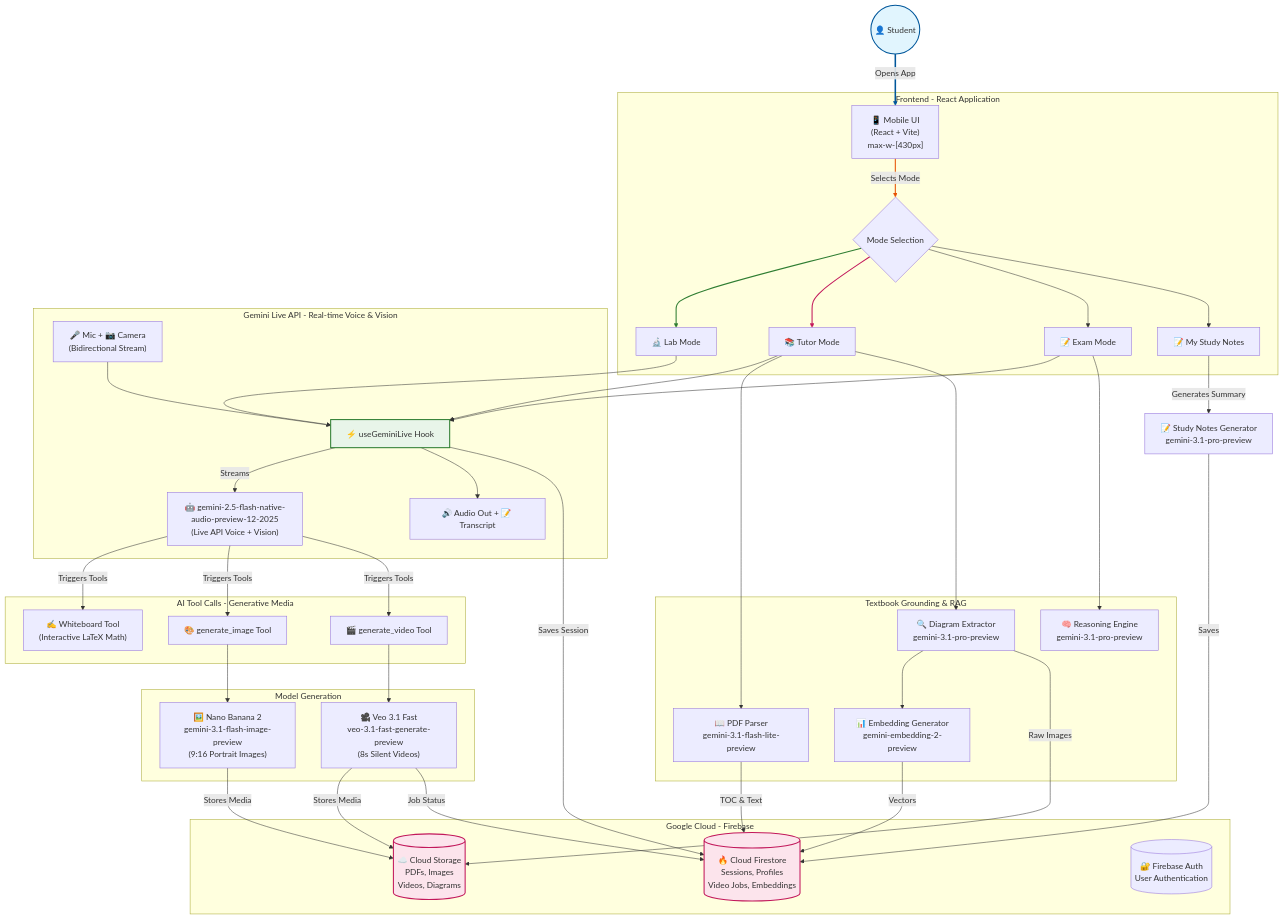
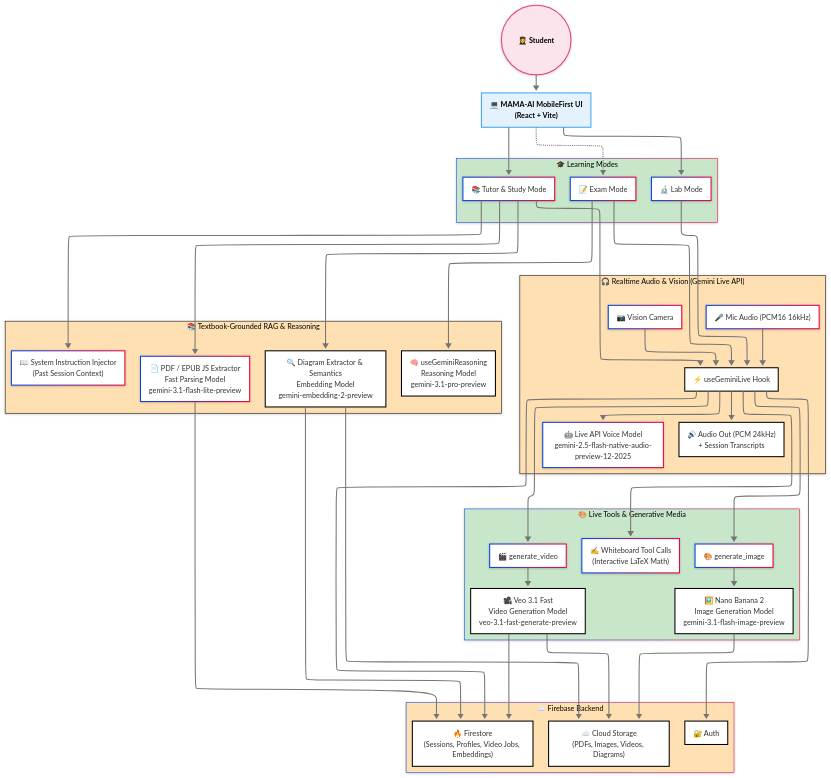
Before and after one commit to pattipativenu/MAMA-AI-live-Agentic-Tutor-: the diagram in README.md, drawn with Mermaid. The commit also changed other lines of this file and 1 other file, not shown here.

Commit message:
docs: update README with new architecture diagram and add gcloudignore

````diff
--- a/README.md
+++ b/README.md
@@ -50,95 +51,106 @@
 ```mermaid
+---
+config:
+  layout: elk
+  look: neo
+  theme: neo
+---
 flowchart TB
-    %% Styling
-    classDef user fill:#e1f5fe,stroke:#01579b,stroke-width:2px
-    classDef frontend fill:#fff3e0,stroke:#e65100,stroke-width:2px
-    classDef gemini fill:#e8f5e9,stroke:#2e7d32,stroke-width:2px
-    classDef storage fill:#fce4ec,stroke:#c2185b,stroke-width:2px
-    classDef process fill:#f3e5f5,stroke:#7b1fa2,stroke-width:2px
-    
-    %% User Layer
-    User((👤 Student)):::user --> |"Opens App"| MobileUI["📱 Mobile UI<br/>(React + Vite)<br/>max-w-[430px]"]
-    
-    %% Frontend Layer
-    subgraph Frontend["Frontend - React Application"]
-        MobileUI --> |"Selects Mode"| ModeSelector{"Mode Selection"}
-        ModeSelector --> LabMode["🔬 Lab Mode"]
-        ModeSelector --> TutorMode["📚 Tutor Mode"]
-        ModeSelector --> ExamMode["📝 Exam Mode"]
-        ModeSelector --> NotesMode["📝 My Study Notes"]
-    end
-    
-    %% Live API Layer
-    subgraph LiveAPI["Gemini Live API - Real-time Voice & Vision"]
-        useGeminiLive["⚡ useGeminiLive Hook"]:::gemini
-        LiveModel["🤖 gemini-2.5-flash-native-audio-preview-12-2025<br/>(Live API Voice + Vision)"]
-        Inputs["🎤 Mic + 📷 Camera<br/>(Bidirectional Stream)"]
-        Outputs["🔊 Audio Out + 📝 Transcript"]
-    end
-    
-    LabMode --> useGeminiLive
-    ExamMode --> useGeminiLive
-    TutorMode --> useGeminiLive
-    useGeminiLive --> |"Streams"| LiveModel
-    Inputs --> useGeminiLive
-    useGeminiLive --> Outputs
-    
-    %% Tool Calling Layer
-    subgraph Tools["AI Tool Calls - Generative Media"]
-        Whiteboard["✍️ Whiteboard Tool<br/>(Interactive LaTeX Math)"]
-        ImgTool["🎨 generate_image Tool"]
-        VidTool["🎬 generate_video Tool"]
-    end
-    
-    LiveModel --> |"Triggers Tools"| Whiteboard
-    LiveModel --> |"Triggers Tools"| ImgTool
-    LiveModel --> |"Triggers Tools"| VidTool
-    
-    %% Generation Layer
-    subgraph Generation["Model Generation"]
-        ImgGen["🖼️ Nano Banana 2<br/>gemini-3.1-flash-image-preview<br/>(9:16 Portrait Images)"]
-        VidGen["🎥 Veo 3.1 Fast<br/>veo-3.1-fast-generate-preview<br/>(8s Silent Videos)"]
-    end
-    
+ subgraph Modes["🎓 Learning Modes"]
+        LabMode["🔬 Lab Mode"]
+        ExamMode["📝 Exam Mode"]
+        TutorMode["📚 Tutor & Study Mode"]
+  end
+ subgraph Live["🎧 Realtime Audio & Vision (Gemini Live API)"]
+        useGeminiLive["⚡ useGeminiLive Hook"]
+        LiveModelLabExam["🤖 Live API Voice Model<br/>gemini-2.5-flash-native-audio-preview-12-2025"]
+        Mic["🎤 Mic Audio (PCM16 16kHz)"]
+        Cam["📷 Vision Camera"]
+        LiveOut["🔊 Audio Out (PCM 24kHz)<br/>+ Session Transcripts"]
+  end
+ subgraph Tools["🎨 Live Tools & Generative Media"]
+        Whiteboard["✍️ Whiteboard Tool Calls<br/>(Interactive LaTeX Math)"]
+        ImgTool["🎨 generate_image"]
+        VidTool["🎬 generate_video"]
+        ImgGen["🖼️ Nano Banana 2<br/>Image Generation Model<br/>gemini-3.1-flash-image-preview"]
+        VidGen["🎥 Veo 3.1 Fast<br/>Video Generation Model<br/>veo-3.1-fast-generate-preview"]
+  end
+ subgraph Firebase["☁️ Firebase Backend"]
+        Auth["🔐 Auth"]
+        Firestore["🔥 Firestore<br/>(Sessions, Profiles, Video Jobs, Embeddings)"]
+        Storage["☁️ Cloud Storage<br/>(PDFs, Images, Videos, Diagrams)"]
+  end
+ subgraph Grounding["📚 Textbook-Grounded RAG & Reasoning"]
+        TutorText["📖 System Instruction Injector<br/>(Past Session Context)"]
+        Eval["🧠 useGeminiReasoning<br/>Reasoning Model<br/>gemini-3.1-pro-preview"]
+        TextbookParse["📄 PDF / EPUB JS Extractor<br/>Fast Parsing Model<br/>gemini-3.1-flash-lite-preview"]
+        DiagramExtract["🔍 Diagram Extractor & Semantics<br/>Embedding Model<br/>gemini-embedding-2-preview"]
+  end
+    User(("👩‍🎓 Student")) --> MobileUI["💻 MAMA-AI MobileFirst UI<br/>(React + Vite)"]
+    MobileUI --> LabMode & TutorMode
+    MobileUI -.-> ExamMode
+    ExamMode --> useGeminiLive & Eval
+    TutorMode --> useGeminiLive & TutorText & TextbookParse & DiagramExtract
+    Mic --> useGeminiLive
+    Cam --> useGeminiLive
+    useGeminiLive --> LiveModelLabExam & LiveOut & Whiteboard & ImgTool & VidTool & Auth & Firestore
     ImgTool --> ImgGen
     VidTool --> VidGen
-    
-    %% RAG Layer
-    subgraph RAG["Textbook Grounding & RAG"]
-        TextbookParse["📖 PDF Parser<br/>gemini-3.1-flash-lite-preview"]
-        DiagramExtract["🔍 Diagram Extractor<br/>gemini-3.1-pro-preview"]
-        Embeddings["📊 Embedding Generator<br/>gemini-embedding-2-preview"]
-        Reasoning["🧠 Reasoning Engine<br/>gemini-3.1-pro-preview"]
-    end
-    
-    TutorMode --> TextbookParse
-    TutorMode --> DiagramExtract
-    ExamMode --> Reasoning
-    DiagramExtract --> Embeddings
-    
-    %% Storage Layer
-    subgraph Firebase["Google Cloud - Firebase"]
-        Firestore[("🔥 Cloud Firestore<br/>Sessions, Profiles<br/>Video Jobs, Embeddings")]:::storage
-        Storage[("☁️ Cloud Storage<br/>PDFs, Images<br/>Videos, Diagrams")]:::storage
-        Auth[("🔐 Firebase Auth<br/>User Authentication")]
-    end
-    
-    %% Data Persistence Flow
-    useGeminiLive --> |"Saves Session"| Firestore
-    ImgGen --> |"Stores Media"| Storage
-    VidGen --> |"Stores Media"| Storage
-    VidGen --> |"Job Status"| Firestore
-    TextbookParse --> |"TOC & Text"| Firestore
-    DiagramExtract --> |"Raw Images"| Storage
-    Embeddings --> |"Vectors"| Firestore
-    
-    %% Study Notes Flow
-    NotesMode --> |"Generates Summary"| StudyNotes["📝 Study Notes Generator<br/>gemini-3.1-pro-preview"]
-    StudyNotes --> |"Saves"| Firestore
-    
-    %% Styling links
-    linkStyle 0 stroke:#01579b,stroke-width:3px
-    linkStyle 1 stroke:#e65100,stroke-width:2px
-    linkStyle 2 stroke:#2e7d32,stroke-width:2px
-    linkStyle 3 stroke:#c2185b,stroke-width:2px
+    ImgGen --> Storage
+    VidGen --> Storage & Firestore
+    TextbookParse --> Firestore
+    DiagramExtract --> Storage & Firestore
+    LabMode --> useGeminiLive
+
+     User:::user
+     MobileUI:::ui
+    classDef group2 fill:#fff8e1,stroke:#fbc02d,stroke-width:2px,color:#e65100,font-weight:bold
+    classDef group3 fill:#ede7f6,stroke:#7e57c2,stroke-width:2px,color:#311b92,font-weight:bold
+    classDef group4 fill:#e0f7fa,stroke:#00acc1,stroke-width:2px,color:#004d40,font-weight:bold
+    classDef group5 fill:#fff3e0,stroke:#fb8c00,stroke-width:2px,color:#e65100,font-weight:bold
+    classDef user fill:#fce4ec,stroke:#ec407a,color:#000,font-weight:bold
+    classDef ui fill:#e3f2fd,stroke:#42a5f5,color:#000,font-weight:bold
+    style Grounding stroke:#000000,fill:#FFE0B2
+    style Live fill:#FFE0B2,stroke:#000000,color:#000000
+    style Modes fill:#C8E6C9
+    style Tools fill:#C8E6C9
+    style Firebase fill:#FFE0B2
+    click useGeminiLive "https://ai.google.dev/gemini-api/docs/live-api"
+    click LiveOut "https://ai.google.dev/gemini-api/docs/models/gemini-2.5-flash-native-audio-preview-12-2025"
+    click ImgGen "https://ai.google.dev/gemini-api/docs/image-generation"
+    click VidGen "https://ai.google.dev/gemini-api/docs/video"
+    click Auth "https://firebase.google.com/docs/auth"
+    click Firestore "https://firebase.google.com/docs/firestore"
+    click Storage "https://firebase.google.com/docs/storage"
+    click Eval "https://ai.google.dev/gemini-api/docs/models/gemini-3.1-pro-preview"
+    click DiagramExtract "https://ai.google.dev/gemini-api/docs/embeddings"
+    click MobileUI "https://mama-ai-service-972465918951.us-central1.run.app/"
+    linkStyle 0 stroke:#757575,fill:none
+    linkStyle 1 stroke:#757575,fill:none
+    linkStyle 2 stroke:#757575,fill:none
+    linkStyle 3 stroke:#757575,fill:none
+    linkStyle 4 stroke:#757575,fill:none
+    linkStyle 5 stroke:#757575,fill:none
+    linkStyle 6 stroke:#757575,fill:none
+    linkStyle 7 stroke:#757575,fill:none
+    linkStyle 8 stroke:#757575,fill:none
+    linkStyle 9 stroke:#757575,fill:none
+    linkStyle 10 stroke:#757575,fill:none
+    linkStyle 11 stroke:#757575,fill:none
+    linkStyle 12 stroke:#757575,fill:none
+    linkStyle 13 stroke:#757575,fill:none
+    linkStyle 14 stroke:#757575,fill:none
+    linkStyle 15 stroke:#757575,fill:none
+    linkStyle 16 stroke:#757575,fill:none
+    linkStyle 17 stroke:#757575,fill:none
+    linkStyle 18 stroke:#757575,fill:none
+    linkStyle 19 stroke:#757575,fill:none
+    linkStyle 20 stroke:#757575,fill:none
+    linkStyle 21 stroke:#757575,fill:none
+    linkStyle 22 stroke:#757575,fill:none
+    linkStyle 23 stroke:#757575,fill:none
+    linkStyle 24 stroke:#757575,fill:none
+    linkStyle 25 stroke:#757575,fill:none
+    linkStyle 26 stroke:#757575,fill:none
+    linkStyle 27 stroke:#757575,fill:none
 ```
````
